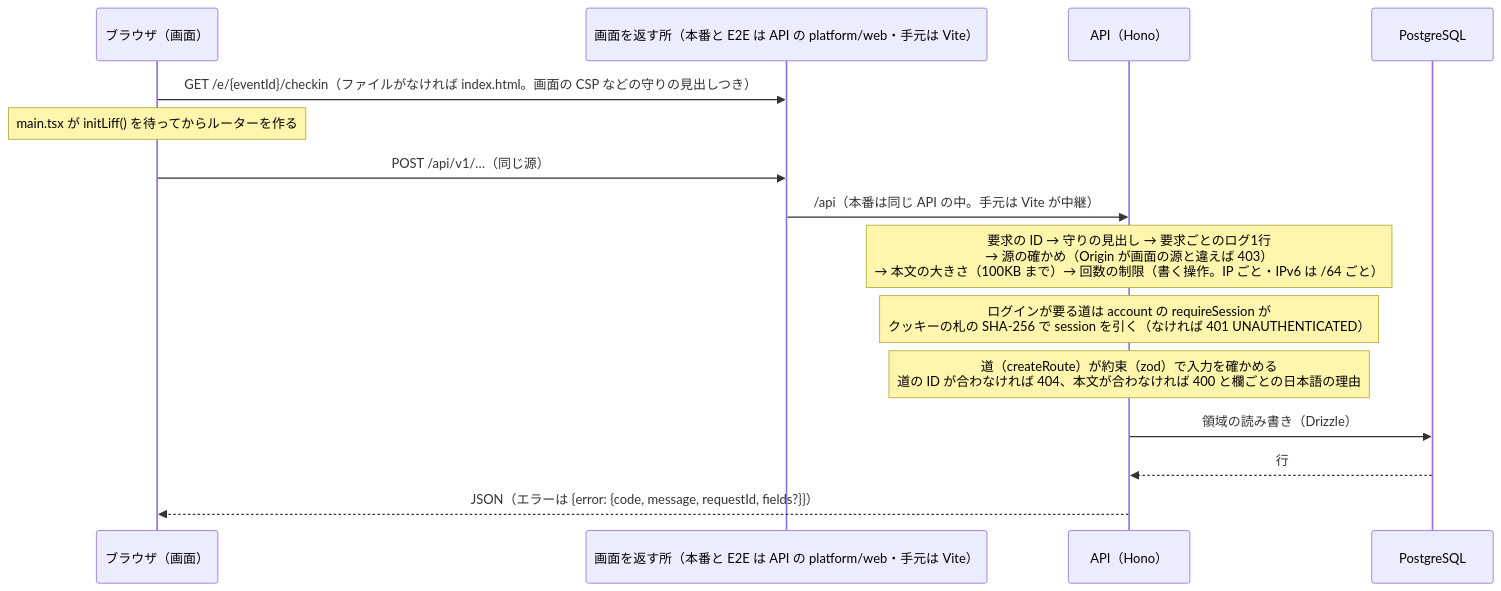
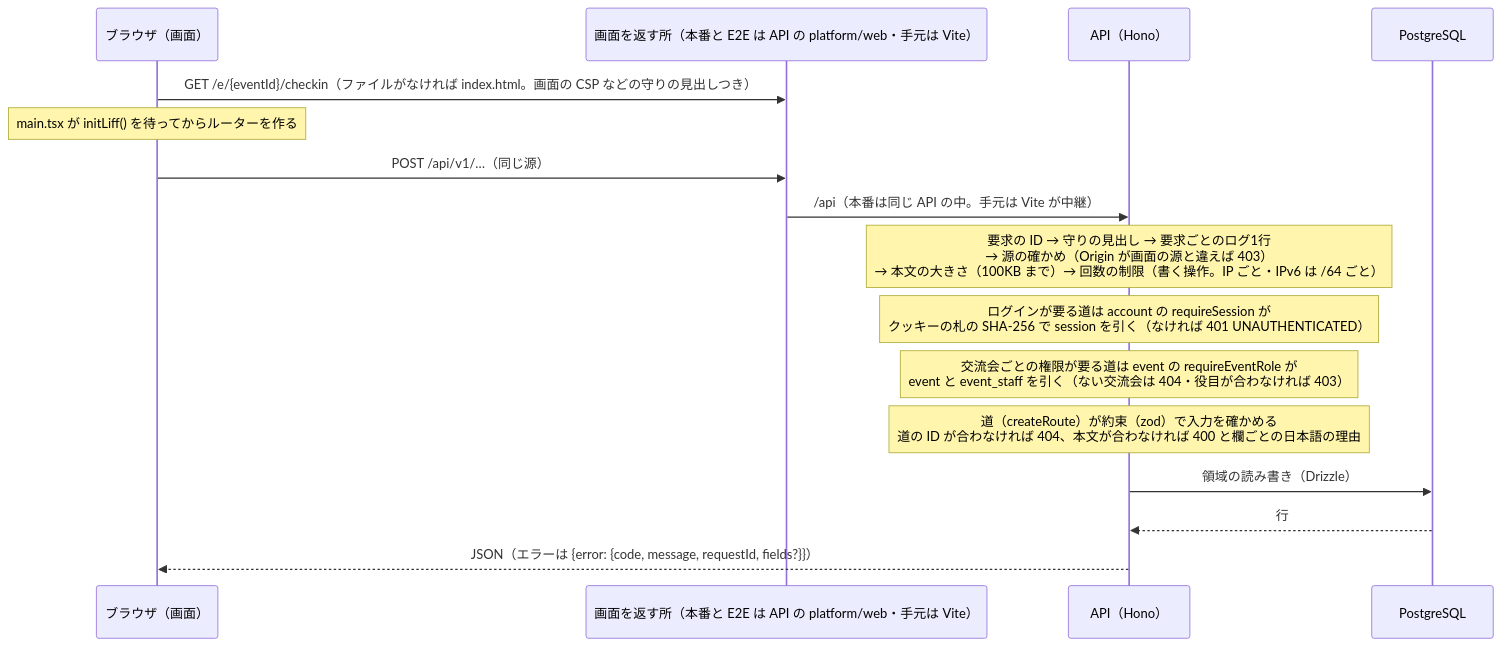
The third of 3 diagrams in docs/architecture.md (takumi-okuya-dev/kanaeru-apps), drawn with Mermaid before and after one commit. The commit also changed other lines of this file and 6 other files, not shown here.

Commit message:
docs(event-001): 交流会の地図を足し、今の形・コードの決まり・決めたことの記録を交流会に合わせる

````diff
--- a/docs/architecture.md
+++ b/docs/architecture.md
@@ -103,17 +103,18 @@
 ```mermaid
 sequenceDiagram
   participant B as ブラウザ（画面）
   participant V as 画面を返す所（本番と E2E は API の platform/web・手元は Vite）
   participant A as API（Hono）
   participant D as PostgreSQL
   B->>V: GET /e/{eventId}/checkin（ファイルがなければ index.html。画面の CSP などの守りの見出しつき）
   Note over B: main.tsx が initLiff() を待ってからルーターを作る
   B->>V: POST /api/v1/…（同じ源）
   V->>A: /api（本番は同じ API の中。手元は Vite が中継）
   Note over A: 要求の ID → 守りの見出し → 要求ごとのログ1行<br/>→ 源の確かめ（Origin が画面の源と違えば 403）<br/>→ 本文の大きさ（100KB まで）→ 回数の制限（書く操作。IP ごと・IPv6 は /64 ごと）
   Note over A: ログインが要る道は account の requireSession が<br/>クッキーの札の SHA-256 で session を引く（なければ 401 UNAUTHENTICATED）
+  Note over A: 交流会ごとの権限が要る道は event の requireEventRole が<br/>event と event_staff を引く（ない交流会は 404・役目が合わなければ 403）
   Note over A: 道（createRoute）が約束（zod）で入力を確かめる<br/>道の ID が合わなければ 404、本文が合わなければ 400 と欄ごとの日本語の理由
   A->>D: 領域の読み書き（Drizzle）
   D-->>A: 行
   A-->>B: JSON（エラーは {error: {code, message, requestId, fields?}}）
 ```
````
